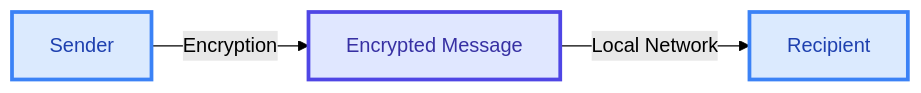
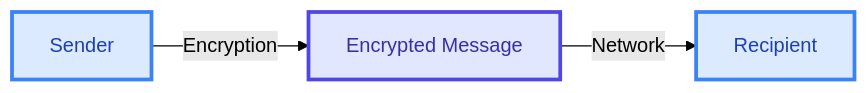
One commit to CasCadeVR/MIN changed the third of 5 diagrams in README.md. Above: the diagram before and after it, drawn with Mermaid (forest theme). The commit also changed other lines of this file and 196 other files, not shown here.

````diff
--- a/README.md
+++ b/README.md
@@ -263,13 +271,13 @@
 ```mermaid
 flowchart LR
     classDef sender fill:#dbeafe,stroke:#3b82f6,stroke-width:3px,color:#1e40af
     classDef encrypted fill:#e0e7ff,stroke:#4f46e5,stroke-width:3px,color:#3730a3
     classDef recipient fill:#dbeafe,stroke:#3b82f6,stroke-width:3px,color:#1e40af
     
     A["Sender"] -->|"Encryption"| B["Encrypted Message"]
-    B -->|"Local Network"| C["Recipient"]
+    B -->|"Network"| C["Recipient"]
     
     class A sender;
     class B encrypted;
     class C recipient
 ```
````
